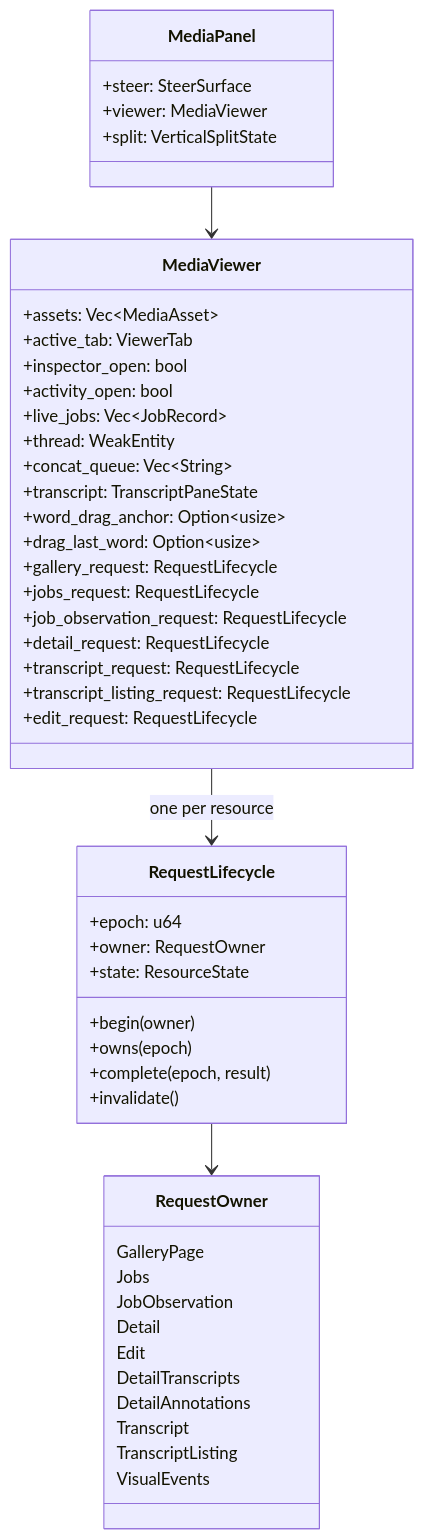
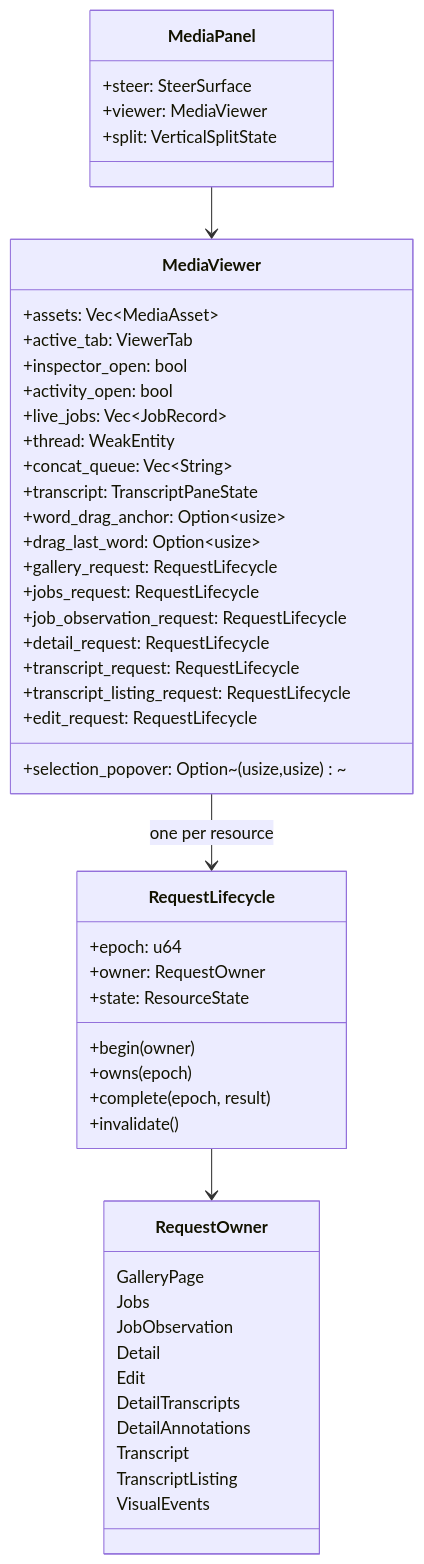
Before and after one commit to mdz-axo/zed-kask: the first of 2 diagrams in kask/docs/diataxis/media_panel/reference.md, drawn with Mermaid. The commit also changed other lines of this file and 3 other files, not shown here.

````diff
--- a/kask/docs/diataxis/media_panel/reference.md
+++ b/kask/docs/diataxis/media_panel/reference.md
@@ -98,51 +98,52 @@
 ```mermaid
 classDiagram
     class MediaPanel {
         +steer: SteerSurface
         +viewer: MediaViewer
         +split: VerticalSplitState
     }
     class MediaViewer {
         +assets: Vec~MediaAsset~
         +active_tab: ViewerTab
         +inspector_open: bool
         +activity_open: bool
         +live_jobs: Vec~JobRecord~
         +thread: WeakEntity
         +concat_queue: Vec~String~
         +transcript: TranscriptPaneState
         +word_drag_anchor: Option~usize~
         +drag_last_word: Option~usize~
+        +selection_popover: Option~(usize,usize)~
         +gallery_request: RequestLifecycle
         +jobs_request: RequestLifecycle
         +job_observation_request: RequestLifecycle
         +detail_request: RequestLifecycle
         +transcript_request: RequestLifecycle
         +transcript_listing_request: RequestLifecycle
         +edit_request: RequestLifecycle
     }
     class RequestLifecycle {
         +epoch: u64
         +owner: RequestOwner
         +state: ResourceState
         +begin(owner)
         +owns(epoch)
         +complete(epoch, result)
         +invalidate()
     }
     class RequestOwner {
         GalleryPage
         Jobs
         JobObservation
         Detail
         Edit
         DetailTranscripts
         DetailAnnotations
         Transcript
         TranscriptListing
         VisualEvents
     }
     MediaPanel --> MediaViewer
     MediaViewer --> RequestLifecycle : one per resource
     RequestLifecycle --> RequestOwner
 ```
````
